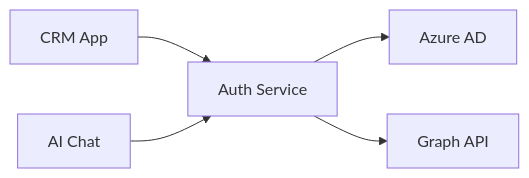
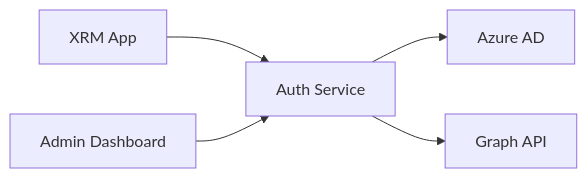
The third of 4 diagrams in docs/architecture/system-design.md (kkhorshed/Nexus360), drawn with Mermaid before and after one commit. The commit also changed other lines of this file and 51 other files, not shown here.

Commit message:
refactor: remove CRM, AI chat, marketing, and sales-comp apps; update documentation

````diff
--- a/docs/architecture/system-design.md
+++ b/docs/architecture/system-design.md
@@ -106,7 +105,7 @@
 ```mermaid
 graph LR
     A[Auth Service] --> B[Azure AD]
-    C[CRM App] --> A
-    D[AI Chat] --> A
+    C[XRM App] --> A
+    D[Admin Dashboard] --> A
     A --> E[Graph API]
 ```
````
